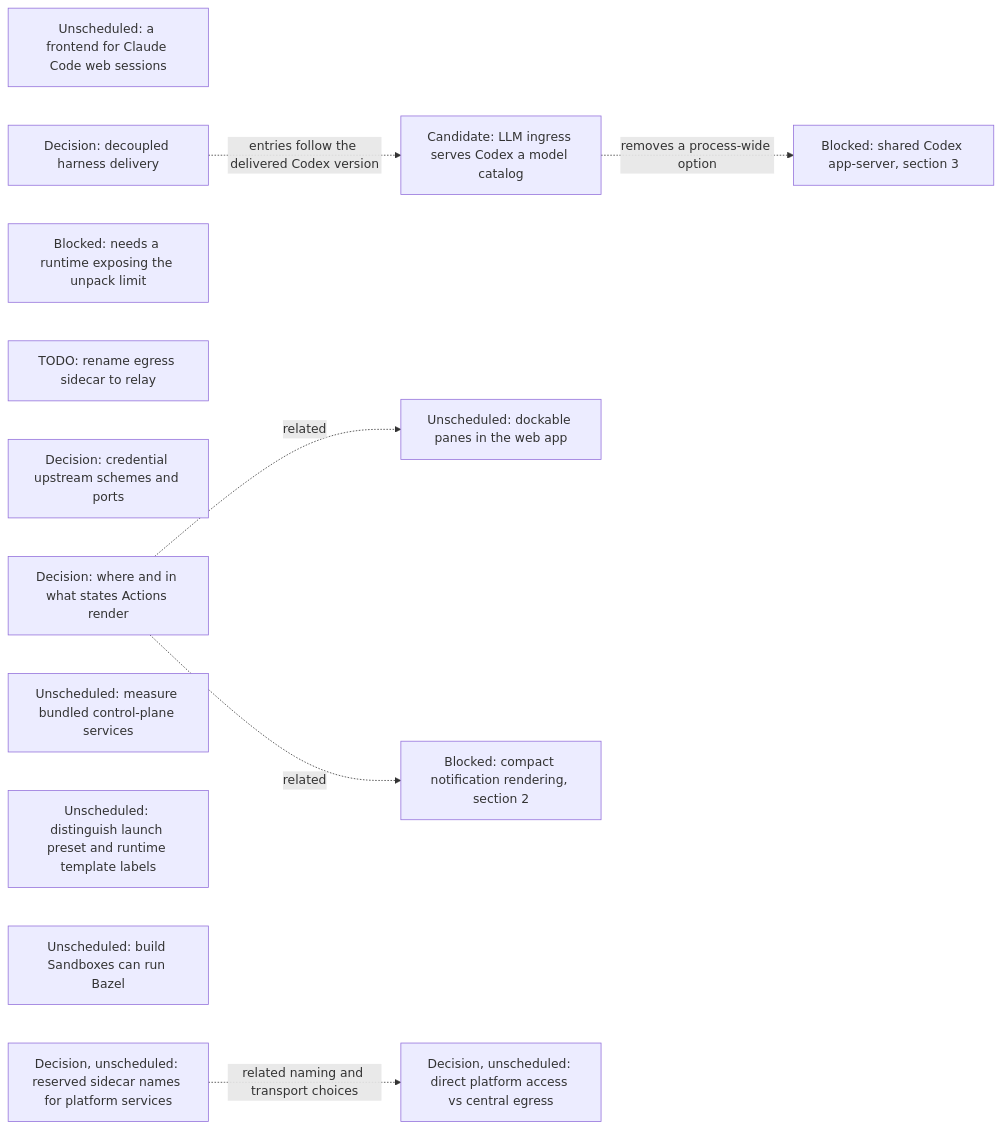
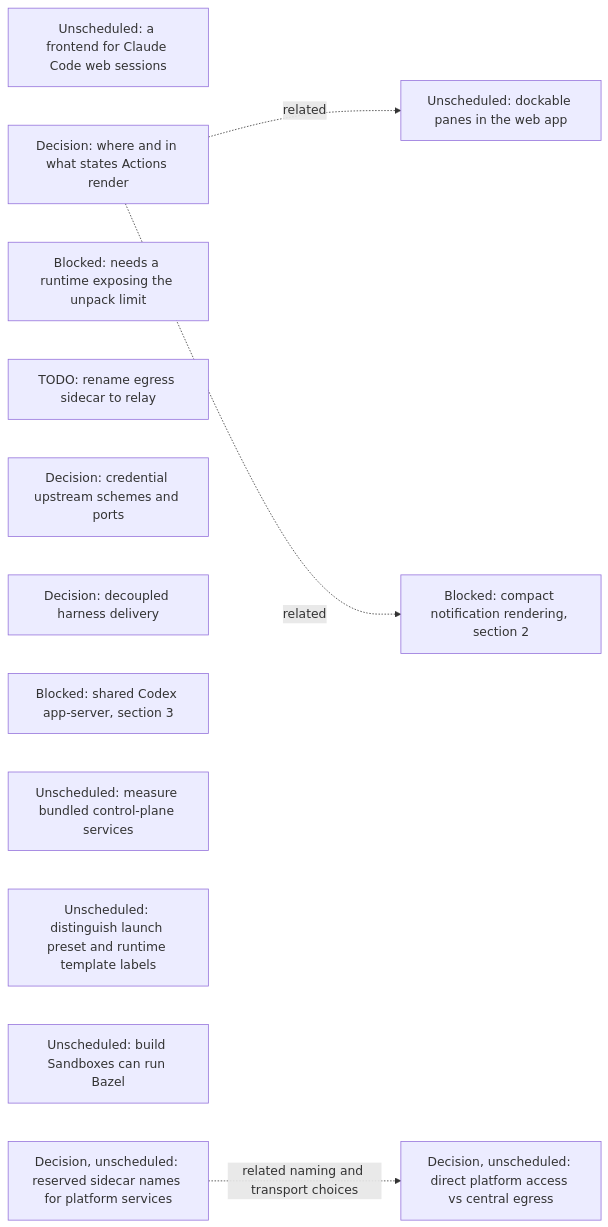
Before and after one commit to agentydragon-agent/ducktape: the seventh of 17 diagrams in agentplane/plans/task_dag.md, drawn with Mermaid. The commit also changed other lines of this file and 6 other files, not shown here.

````diff
--- a/agentplane/plans/task_dag.md
+++ b/agentplane/plans/task_dag.md
@@ -821,23 +821,20 @@
 ```mermaid
 flowchart LR
     CLAUDE_CODE_WEB_BRIDGE[Unscheduled: a frontend for Claude Code web sessions]
     ACTION_SURFACES_DESIGN[Decision: where and in what states Actions render]
     K3S_IMPORT_CONCURRENCY[Blocked: needs a runtime exposing the unpack limit]
     EGRESS_RELAY_RENAME[TODO: rename egress sidecar to relay]
     EGRESS_CREDENTIAL_TRANSPORT_DESIGN[Decision: credential upstream schemes and ports]
     RUNNER_HARNESS_DELIVERY_DESIGN[Decision: decoupled harness delivery]
-    CODEX_MODEL_CATALOG[Candidate: LLM ingress serves Codex a model catalog]
     RUNNER_CODEX_SHARED_PROCESS[Blocked: shared Codex app-server, section 3]
-    CODEX_MODEL_CATALOG -. removes a process-wide option .-> RUNNER_CODEX_SHARED_PROCESS
-    RUNNER_HARNESS_DELIVERY_DESIGN -. entries follow the delivered Codex version .-> CODEX_MODEL_CATALOG
     K3S_BUNDLED_SERVICES_SPIKE[Unscheduled: measure bundled control-plane services]
     DOCKABLE_PANES[Unscheduled: dockable panes in the web app]
     ACTION_SURFACES_DESIGN -. related .-> DOCKABLE_PANES
     NOTIFICATION_PRESENTATION[Blocked: compact notification rendering, section 2]
     ACTION_SURFACES_DESIGN -. related .-> NOTIFICATION_PRESENTATION
     SANDBOX_FORM_TERMINOLOGY[Unscheduled: distinguish launch preset and runtime template labels]
     BUILD_BOX_BAZEL[Unscheduled: build Sandboxes can run Bazel]
     PLATFORM_SERVICE_NAMES_DESIGN[Decision, unscheduled: reserved sidecar names for platform services]
     PLATFORM_SERVICE_ROUTING_DESIGN[Decision, unscheduled: direct platform access vs central egress]
     PLATFORM_SERVICE_NAMES_DESIGN -. related naming and transport choices .-> PLATFORM_SERVICE_ROUTING_DESIGN
 ```
````
